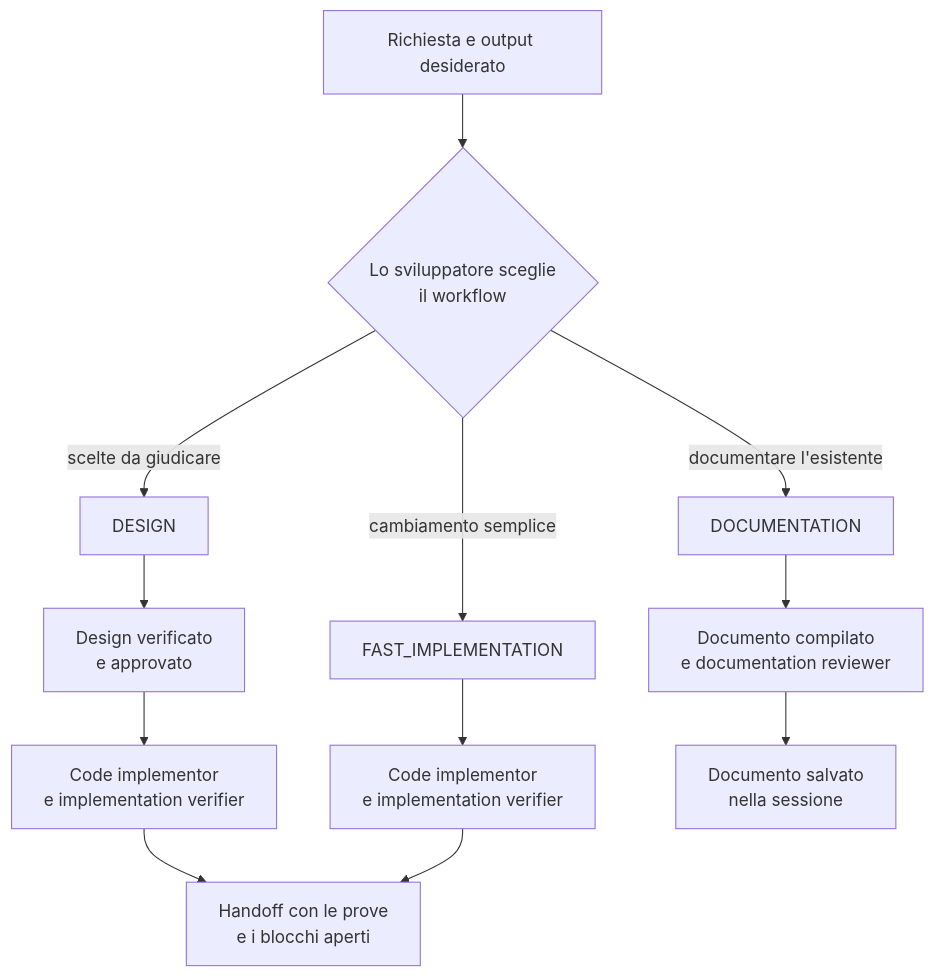
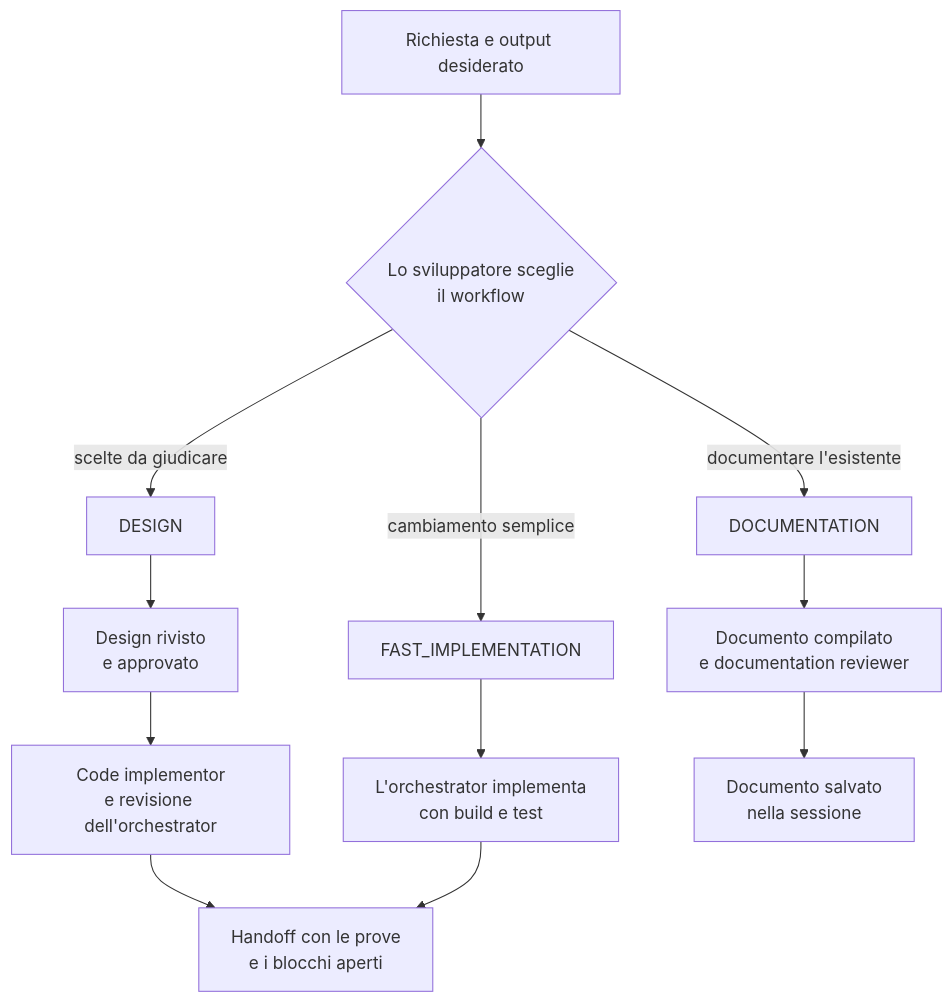
One commit to violabg/agentic-system-lessons changed the second of 3 diagrams in orchestrator/reference/mappa-del-sistema.md. Above: the diagram before and after it, drawn with Mermaid. The commit also changed other lines of this file and 69 other files, not shown here.

````diff
--- a/orchestrator/reference/mappa-del-sistema.md
+++ b/orchestrator/reference/mappa-del-sistema.md
@@ -37,14 +37,14 @@
 ```mermaid
 flowchart TD
     Request[Richiesta e output desiderato] --> Choice{Lo sviluppatore sceglie<br/>il workflow}
     Choice -->|scelte da giudicare| Design[DESIGN]
-    Design --> Approved[Design verificato<br/>e approvato]
-    Approved --> Impl1[Code implementor<br/>e implementation verifier]
+    Design --> Approved[Design rivisto<br/>e approvato]
+    Approved --> Impl1[Code implementor<br/>e revisione dell'orchestrator]
     Choice -->|cambiamento semplice| Fast[FAST_IMPLEMENTATION]
-    Fast --> Impl2[Code implementor<br/>e implementation verifier]
+    Fast --> Impl2[L'orchestrator implementa<br/>con build e test]
     Choice -->|documentare l'esistente| Doc[DOCUMENTATION]
     Doc --> Review[Documento compilato<br/>e documentation reviewer]
     Impl1 --> Handoff[Handoff con le prove<br/>e i blocchi aperti]
     Impl2 --> Handoff
     Review --> Artifact[Documento salvato<br/>nella sessione]
 ```
````
